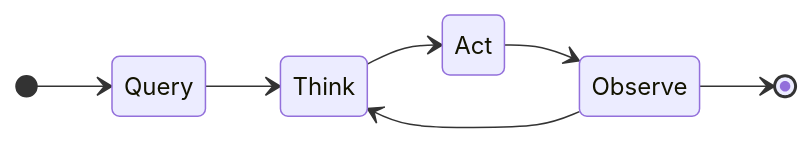
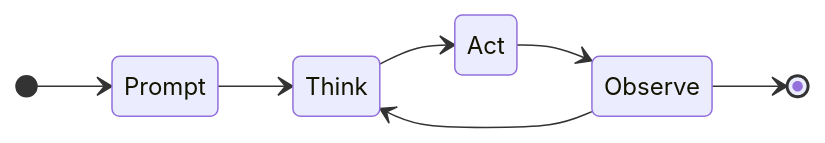
Before and after one commit to fabiojmendes/blog.juzam.pro: the diagram in content/posts/2025-08-25/hugging-face-agents/index.md, drawn with Mermaid. The commit also changed other lines of this file, not shown here.

````diff
--- a/content/posts/2025-08-25/hugging-face-agents/index.md
+++ b/content/posts/2025-08-25/hugging-face-agents/index.md
@@ -20,10 +27,10 @@
 ```mermaid
 stateDiagram-v2 
   direction LR
-    [*] --> Query
-    Query --> Think
+    [*] --> Prompt
+    Prompt --> Think
     Think --> Act
     Act --> Observe
     Observe --> Think
     Observe --> [*]
 ```
````
